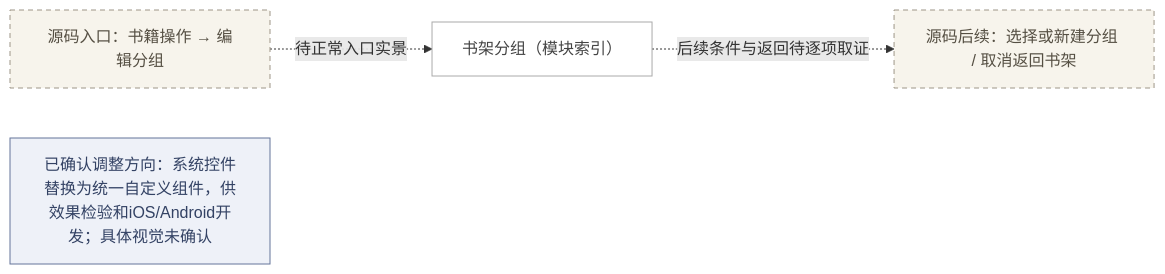
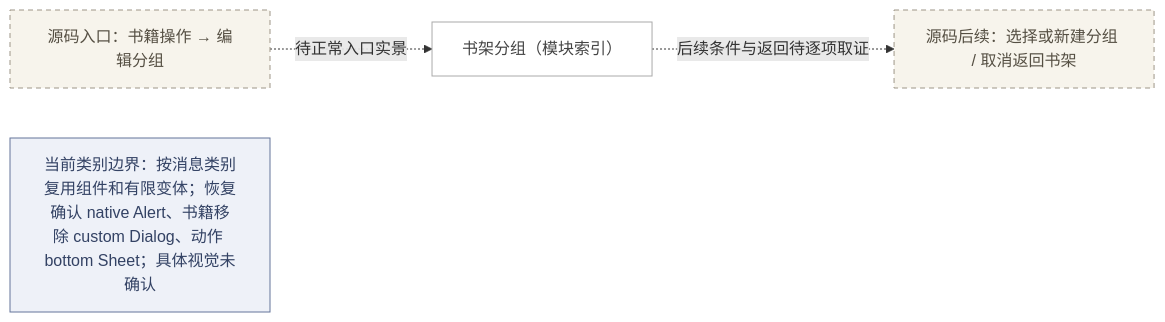
One commit to minliny/Reader-for-HarmonyOS changed the seventh of 38 diagrams in docs/ui-design/app-baseline/LOGIC.md. Above: the diagram before and after it, drawn with Mermaid. The commit also changed other lines of this file and 16 other files, not shown here.

````diff
--- a/docs/ui-design/app-baseline/LOGIC.md
+++ b/docs/ui-design/app-baseline/LOGIC.md
@@ -177,13 +177,13 @@
 ```mermaid
 flowchart LR
   N1["书架分组（模块索引）"]:::module
   N2["源码入口：书籍操作 → 编辑分组"]:::pending
   N3["源码后续：选择或新建分组 / 取消返回书架"]:::pending
   N2 -.->|待正常入口实景| N1
   N1 -.->|后续条件与返回待逐项取证| N3
-  N4["已确认调整方向：系统控件替换为统一自定义组件，供效果检验和iOS/Android开发；具体视觉未确认"]:::confirmed
+  N4["当前类别边界：按消息类别复用组件和有限变体；恢复确认 native Alert、书籍移除 custom Dialog、动作 bottom Sheet；具体视觉未确认"]:::confirmed
   classDef observed fill:#eaf3ee,stroke:#42695a,color:#20362d
   classDef pending fill:#f7f4ec,stroke:#9d9587,color:#554f43,stroke-dasharray:5 4
   classDef confirmed fill:#eef1f8,stroke:#65759a,color:#334264
   classDef module fill:#fff,stroke:#aaa,color:#444
 ```
````
